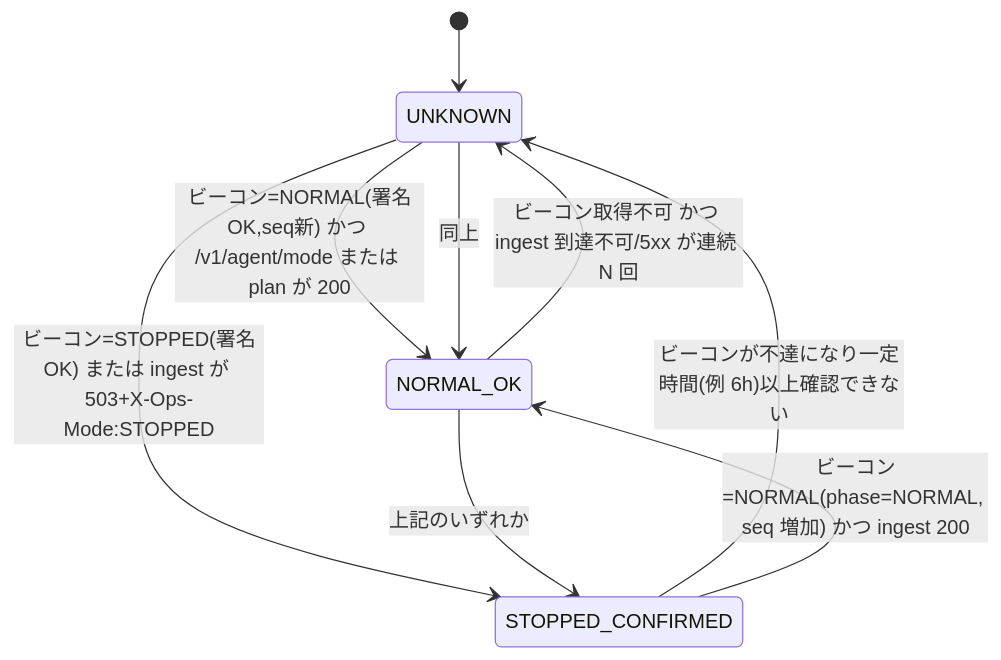
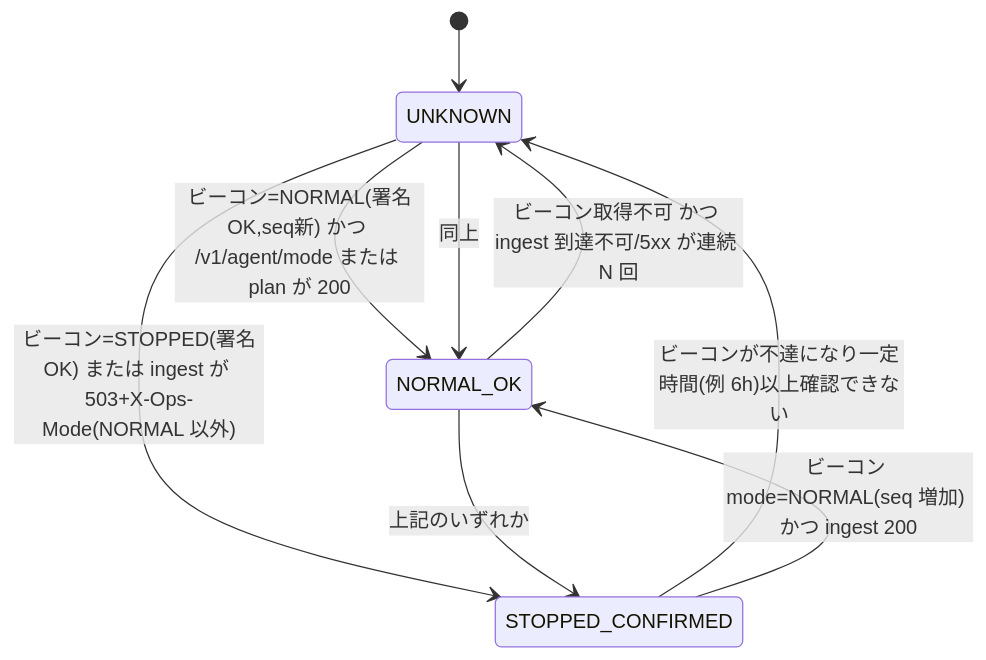
Before and after one commit to puttun777/jra-bot-web: the diagram in docs/CONTRACTS.md, drawn with Mermaid. The commit also changed other lines of this file, not shown here.

````diff
--- a/docs/CONTRACTS.md
+++ b/docs/CONTRACTS.md
@@ -127,11 +203,11 @@
 ```mermaid
 stateDiagram-v2
   [*] --> UNKNOWN
   UNKNOWN --> NORMAL_OK : ビーコン=NORMAL(署名OK,seq新) かつ /v1/agent/mode または plan が 200
-  UNKNOWN --> STOPPED_CONFIRMED : ビーコン=STOPPED(署名OK) または ingest が 503+X-Ops-Mode:STOPPED
+  UNKNOWN --> STOPPED_CONFIRMED : ビーコン=STOPPED(署名OK) または ingest が 503+X-Ops-Mode(NORMAL 以外)
   NORMAL_OK --> STOPPED_CONFIRMED : 上記のいずれか
   NORMAL_OK --> UNKNOWN : ビーコン取得不可 かつ ingest 到達不可/5xx が連続 N 回
   STOPPED_CONFIRMED --> UNKNOWN : ビーコンが不達になり一定時間(例 6h)以上確認できない
-  STOPPED_CONFIRMED --> NORMAL_OK : ビーコン=NORMAL(phase=NORMAL, seq 増加) かつ ingest 200
+  STOPPED_CONFIRMED --> NORMAL_OK : ビーコン mode=NORMAL(seq 増加) かつ ingest 200
   UNKNOWN --> NORMAL_OK : 同上
 ```
````
